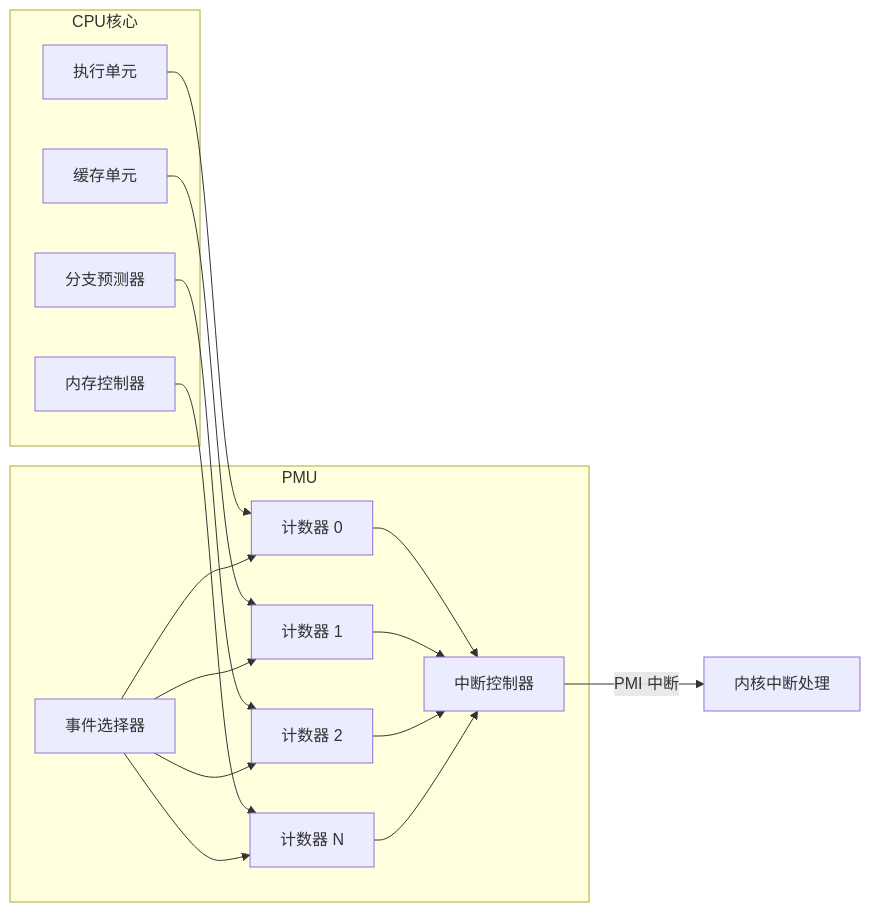
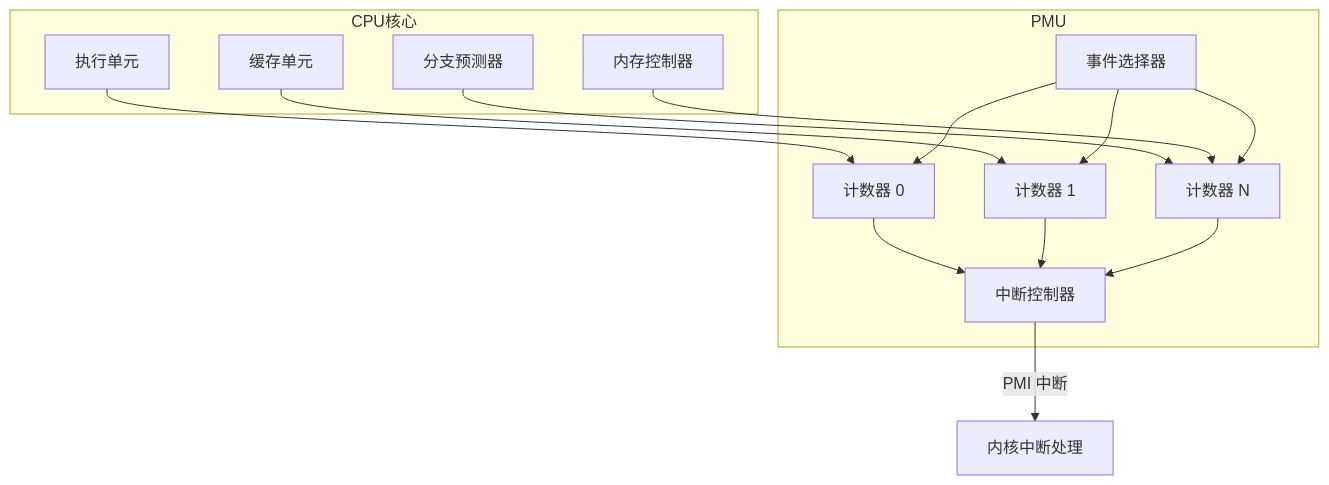
The second of 13 diagrams in content/articles/linux/linux-37-perf性能分析工具深度解析.md (jpixy/jpixy.github.io), drawn with Mermaid before and after one commit. The commit also changed other lines of this file, not shown here.

Commit message:
fix: convert horizontal Mermaid diagrams to vertical layout

````diff
--- a/content/articles/linux/linux-37-perf性能分析工具深度解析.md
+++ b/content/articles/linux/linux-37-perf性能分析工具深度解析.md
@@ -78,32 +78,29 @@
 ```mermaid
-graph LR
+graph TB
     subgraph CPU核心
         A[执行单元]
         B[缓存单元]
         C[分支预测器]
         D[内存控制器]
     end
 
     subgraph PMU
+        I[事件选择器]
         E[计数器 0]
         F[计数器 1]
-        G[计数器 2]
-        H[计数器 N]
-        I[事件选择器]
+        G[计数器 N]
         J[中断控制器]
     end
 
     A --> E
     B --> F
     C --> G
-    D --> H
+    D --> G
     I --> E
     I --> F
     I --> G
-    I --> H
     E --> J
     F --> J
     G --> J
-    H --> J
     J -->|PMI 中断| K[内核中断处理]
 ```
````
